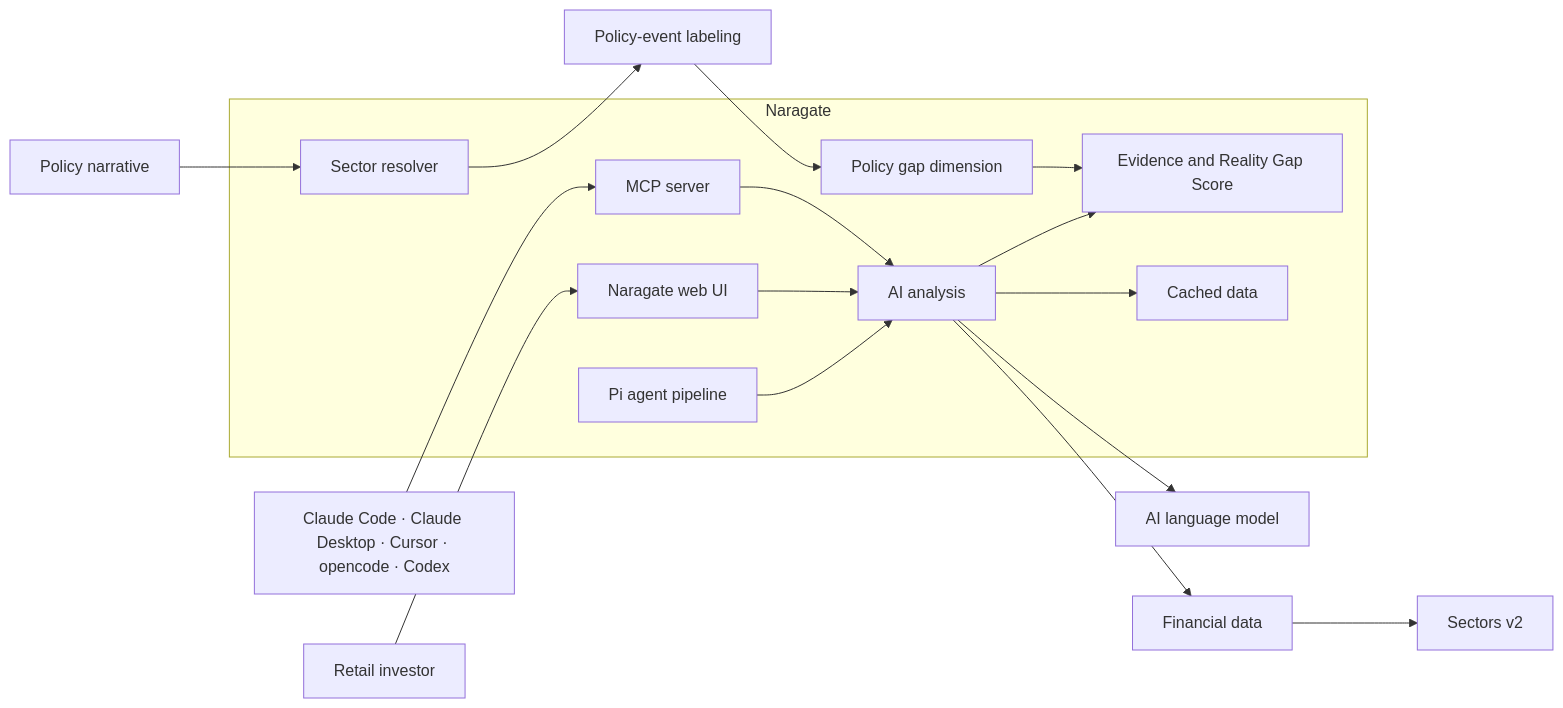
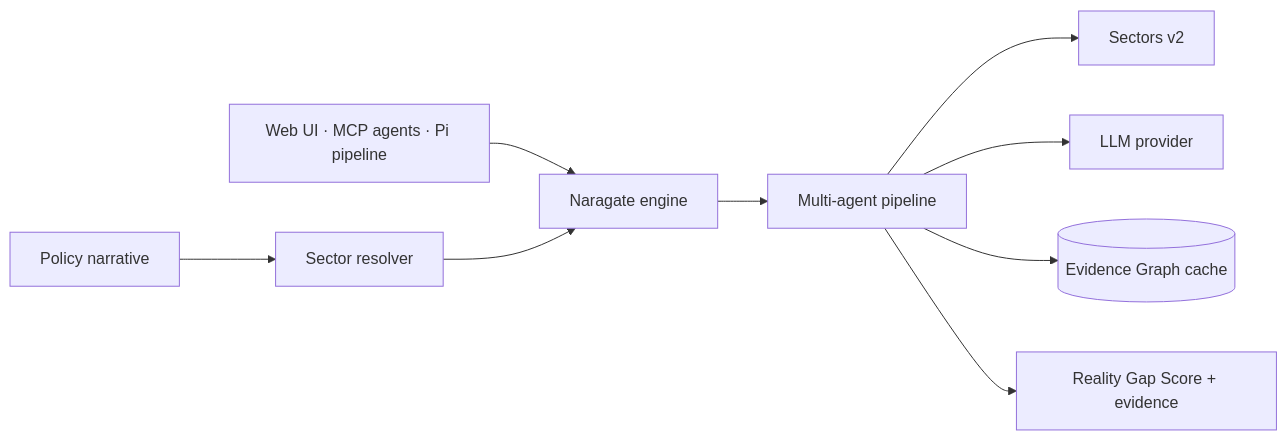
The diagram in README.md (masdevid/naragate), drawn with Mermaid before and after one commit.

Commit message:
docs: simplify the architecture diagram to the essential flow

````diff
--- a/README.md
+++ b/README.md
@@ -122,28 +122,10 @@
 ```mermaid
 flowchart LR
-  User[Retail investor] --> App[Naragate web UI]
-  CLI[Claude Code · Claude Desktop · Cursor · opencode · Codex] --> MCP[MCP server]
-  Pi[Pi agent pipeline] --> Analysis
-  App --> Analysis[AI analysis]
-  MCP --> Analysis
-  Analysis --> Result[Evidence and Reality Gap Score]
-  Analysis --> Data[Financial data]
-  Data --> Sectors[Sectors v2]
-  Analysis --> Cache[Cached data]
-  Analysis --> LLM[AI language model]
-  Policy[Policy narrative] --> Resolver[Sector resolver]
-  Resolver --> PolicyEvidence[Policy-event labeling]
-  PolicyEvidence --> Scorer[Policy gap dimension]
-  Scorer --> Result
-
-  subgraph Naragate[Naragate]
-    App
-    MCP
-    Pi
-    Analysis
-    Result
-    Cache
-    Resolver
-    Scorer
-  end
+  Surfaces["Web UI · MCP agents · Pi pipeline"] --> Engine[Naragate engine]
+  Policy[Policy narrative] --> Resolver[Sector resolver] --> Engine
+  Engine --> Pipeline[Multi-agent pipeline]
+  Pipeline --> Sectors[Sectors v2]
+  Pipeline --> LLM[LLM provider]
+  Pipeline --> Cache[(Evidence Graph cache)]
+  Pipeline --> Result[Reality Gap Score + evidence]
 ```
````
